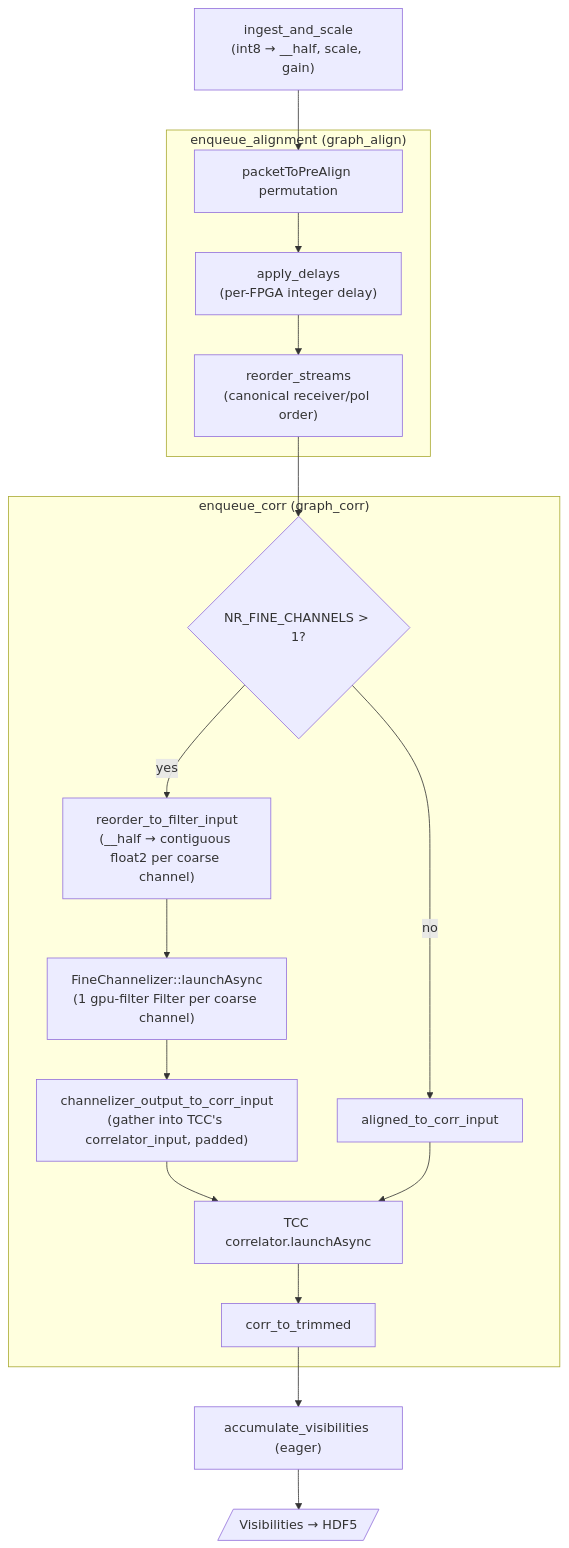
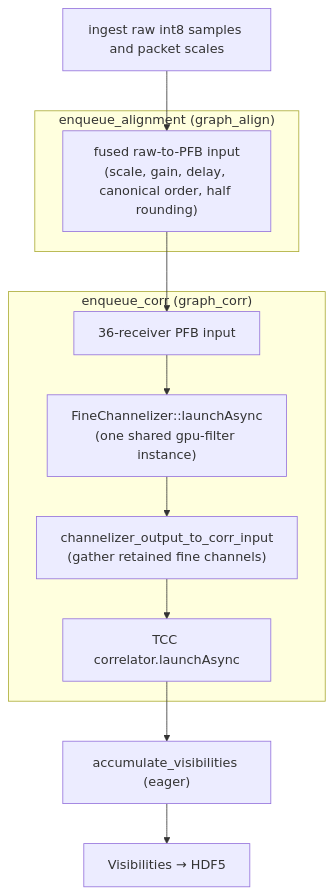
The seventh of 7 diagrams in docs/architecture.md (jdgsmallwood/cuda-spatial-filtering), drawn with Mermaid before and after one commit. The commit also changed other lines of this file and 47 other files, not shown here.

````diff
--- a/docs/architecture.md
+++ b/docs/architecture.md
@@ -413,24 +411,19 @@
 ```mermaid
 flowchart TD
-    A["ingest_and_scale\n(int8 → __half, scale, gain)"] --> B
+    A["ingest raw int8 samples and packet scales"] --> B
 
     subgraph graph_align["enqueue_alignment (graph_align)"]
-        B["packetToPreAlign permutation"] --> C["apply_delays\n(per-FPGA integer delay)"]
-        C --> D["reorder_streams\n(canonical receiver/pol order)"]
+        B["fused raw-to-PFB input<br/>(scale, gain, delay, canonical order, half rounding)"]
     end
 
-    D --> E{"NR_FINE_CHANNELS > 1?"}
+    B --> E["36-receiver PFB input"]
 
     subgraph graph_corr["enqueue_corr (graph_corr)"]
-        E -- no --> G["aligned_to_corr_input"]
-        E -- yes --> CH1["reorder_to_filter_input\n(__half → contiguous float2 per coarse channel)"]
-        CH1 --> CH2["FineChannelizer::launchAsync\n(1 gpu-filter Filter per coarse channel)"]
-        CH2 --> CH3["channelizer_output_to_corr_input\n(gather into TCC's correlator_input, padded)"]
-        CH3 --> H
-        G --> H["TCC correlator.launchAsync"]
-        H --> I["corr_to_trimmed"]
+        E --> CH2["FineChannelizer::launchAsync<br/>(one shared gpu-filter instance)"]
+        CH2 --> CH3["channelizer_output_to_corr_input<br/>(gather retained fine channels)"]
+        CH3 --> H["TCC correlator.launchAsync"]
     end
 
-    I --> M["accumulate_visibilities (eager)"]
-    M --> T[/"Visibilities → HDF5"/]
+    H --> M["accumulate_visibilities (eager)"]
+    M --> T["Visibilities → HDF5"]
 ```
````
